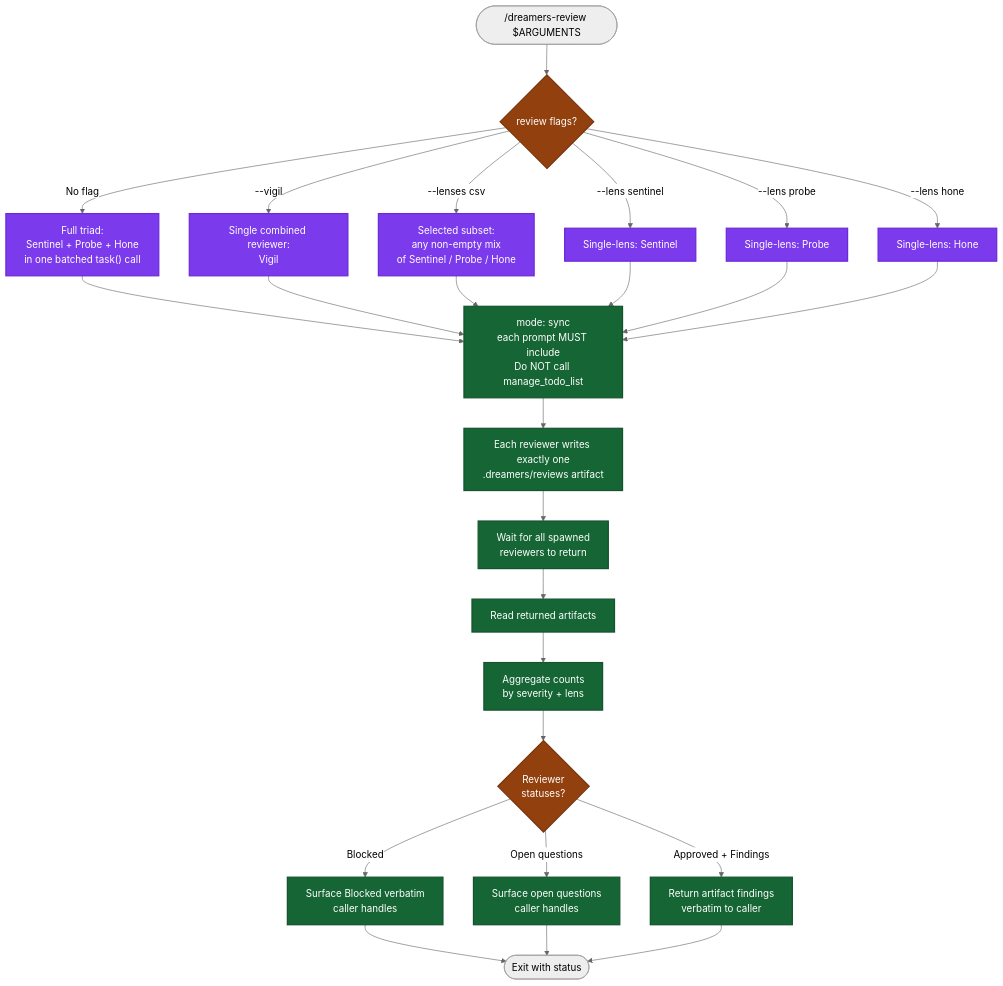
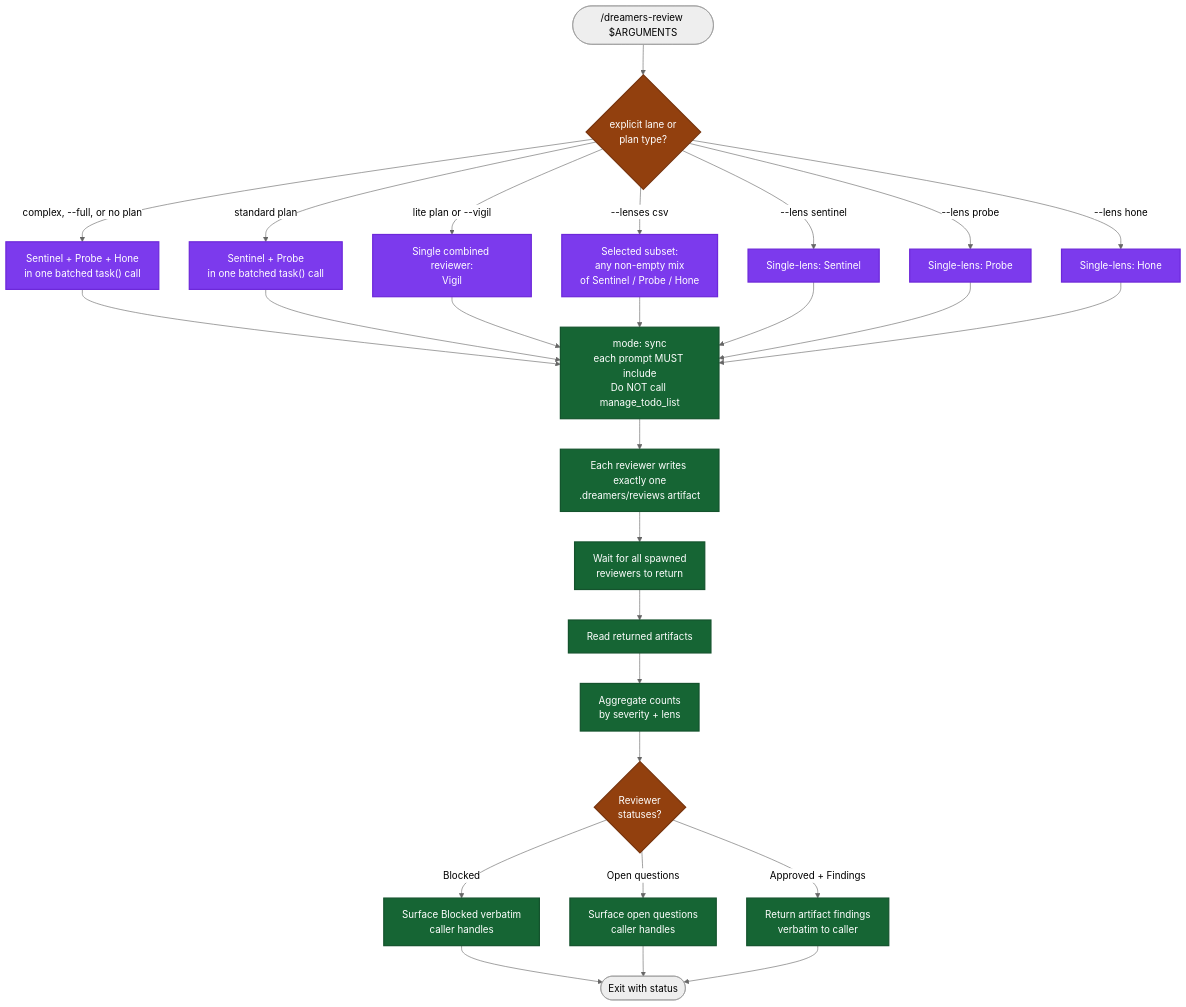
One commit to mrStorrs/dreamers-copilot changed the diagram in .github/skills/dreamers-review/readme.md. Above: the diagram before and after it, drawn with Mermaid (neutral theme). The commit also changed other lines of this file and 27 other files, not shown here.

````diff
--- a/.github/skills/dreamers-review/readme.md
+++ b/.github/skills/dreamers-review/readme.md
@@ -5,40 +5,42 @@
 ```mermaid
 flowchart TD
-    Start(["/dreamers-review $ARGUMENTS"]) --> ModeCheck{"review flags?"}
+    Start(["/dreamers-review $ARGUMENTS"]) --> ModeCheck{"explicit lane or<br/>plan type?"}
 
-    ModeCheck -->|No flag| Triad["Full triad:<br/>Sentinel + Probe + Hone<br/>in one batched task() call"]
-    ModeCheck -->|--vigil| Vigil["Single combined reviewer:<br/>Vigil"]
+    ModeCheck -->|lite plan or --vigil| Vigil["Single combined reviewer:<br/>Vigil"]
+    ModeCheck -->|standard plan| Standard["Sentinel + Probe<br/>in one batched task() call"]
+    ModeCheck -->|complex, --full, or no plan| Triad["Sentinel + Probe + Hone<br/>in one batched task() call"]
     ModeCheck -->|--lenses csv| Selected["Selected subset:<br/>any non-empty mix<br/>of Sentinel / Probe / Hone"]
     ModeCheck -->|--lens sentinel| LensS["Single-lens: Sentinel"]
     ModeCheck -->|--lens probe| LensP["Single-lens: Probe"]
     ModeCheck -->|--lens hone| LensH["Single-lens: Hone"]
 
     Triad --> Spawn["mode: sync<br/>each prompt MUST include<br/>Do NOT call manage_todo_list"]
+    Standard --> Spawn
     Vigil --> Spawn
     Selected --> Spawn
     LensS --> Spawn
     LensP --> Spawn
     LensH --> Spawn
 
     Spawn --> WriteArtifact["Each reviewer writes exactly one<br/>.dreamers/reviews artifact"]
     WriteArtifact --> Wait["Wait for all spawned<br/>reviewers to return"]
     Wait --> Collect["Read returned artifacts"]
     Collect --> Aggregate["Aggregate counts<br/>by severity + lens"]
     Aggregate --> CheckStatus{"Reviewer<br/>statuses?"}
 
     CheckStatus -->|Blocked| Surface1["Surface Blocked verbatim<br/>caller handles"]
     CheckStatus -->|Open questions| Surface2["Surface open questions<br/>caller handles"]
     CheckStatus -->|Approved + Findings| Report["Return artifact findings<br/>verbatim to caller"]
 
     Surface1 --> End(["Exit with status"])
     Surface2 --> End
     Report --> End
 
     classDef gate fill:#92400e,stroke:#78350f,stroke-width:2px,color:#fff
     classDef phase fill:#166534,stroke:#14532d,stroke-width:2px,color:#fff
     classDef agent fill:#7c3aed,stroke:#6d28d9,stroke-width:2px,color:#fff
 
     class ModeCheck,CheckStatus gate
-    class Triad,Vigil,Selected,LensS,LensP,LensH agent
+    class Triad,Standard,Vigil,Selected,LensS,LensP,LensH agent
     class Spawn,WriteArtifact,Wait,Collect,Aggregate,Surface1,Surface2,Report phase
 ```
````
